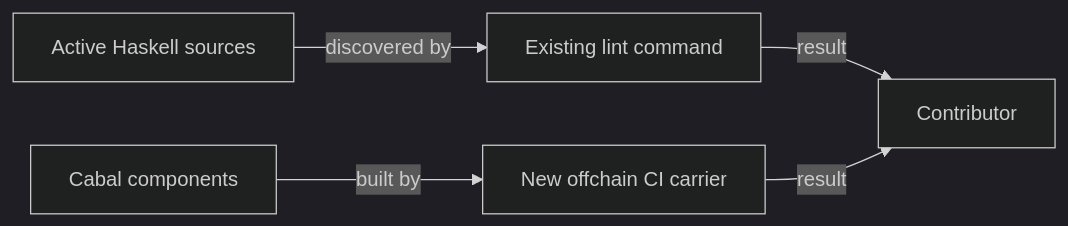
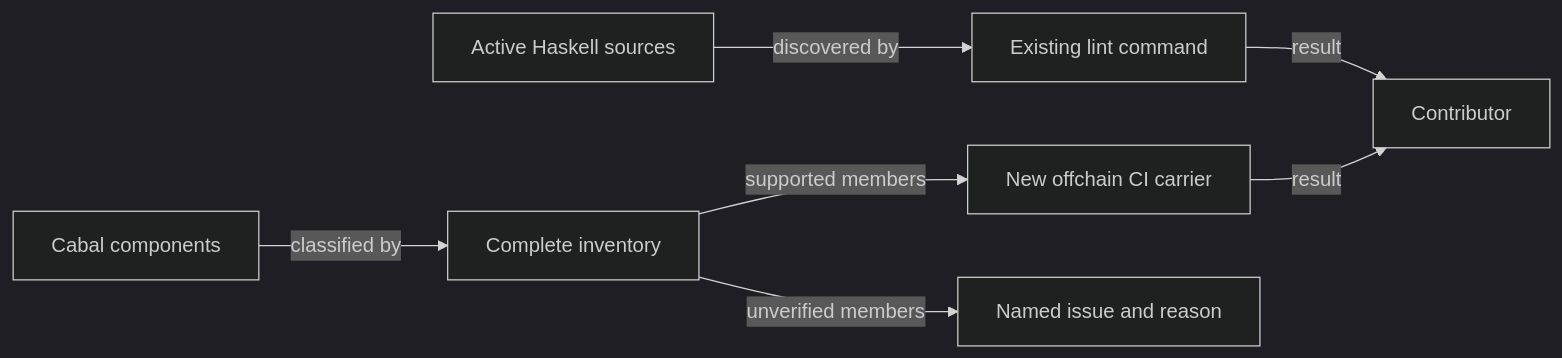
Before and after one commit to lambdasistemi/singular: the first of 2 diagrams in specs/264-haskell-lint-coverage/spec.md, drawn with Mermaid (dark theme). The commit also changed other lines of this file and 5 other files, not shown here.

First line of the commit message:
docs: state classified offchain build boundary

````diff
--- a/specs/264-haskell-lint-coverage/spec.md
+++ b/specs/264-haskell-lint-coverage/spec.md
@@ -14,7 +15,9 @@
 ```mermaid
 flowchart LR
     A[Active Haskell sources] -->|discovered by| B[Existing lint command]
-    C[Cabal components] -->|built by| D[New offchain CI carrier]
+    C[Cabal components] -->|classified by| I[Complete inventory]
+    I -->|supported members| D[New offchain CI carrier]
+    I -->|unverified members| U[Named issue and reason]
     B -->|result| E[Contributor]
     D -->|result| E
 ```
````
